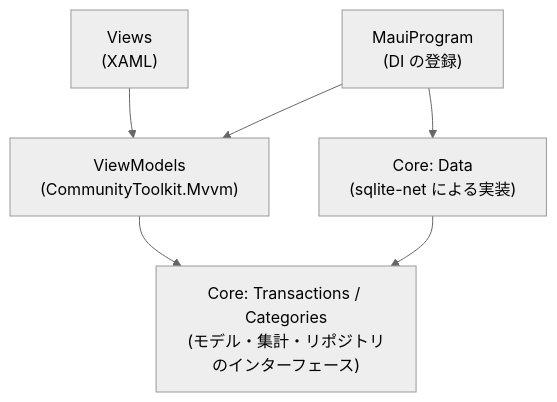
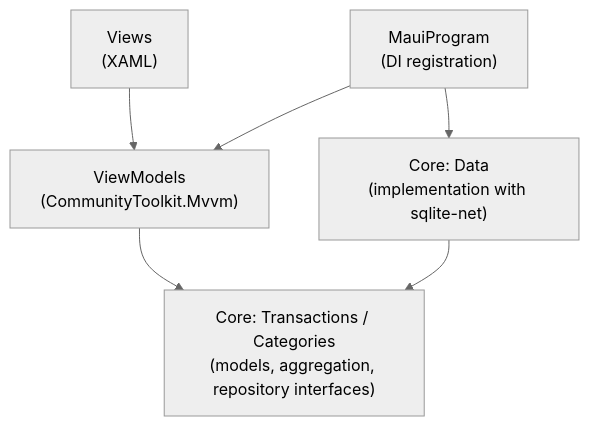
The second of 3 diagrams in docs/architecture.md (redamoon/kakeibo), drawn with Mermaid (neutral theme) before and after one commit. The commit also changed other lines of this file and 5 other files, not shown here.

````diff
--- a/docs/architecture.md
+++ b/docs/architecture.md
@@ -76,8 +78,8 @@
 ```mermaid
 flowchart TD
     Views["Views<br/>(XAML)"] --> ViewModels["ViewModels<br/>(CommunityToolkit.Mvvm)"]
-    ViewModels --> Domain["Core: Transactions / Categories<br/>(モデル・集計・リポジトリのインターフェース)"]
-    Data["Core: Data<br/>(sqlite-net による実装)"] --> Domain
-    MauiProgram["MauiProgram<br/>(DI の登録)"] --> Data
+    ViewModels --> Domain["Core: Transactions / Categories<br/>(models, aggregation, repository interfaces)"]
+    Data["Core: Data<br/>(implementation with sqlite-net)"] --> Domain
+    MauiProgram["MauiProgram<br/>(DI registration)"] --> Data
     MauiProgram --> ViewModels
 ```
````
